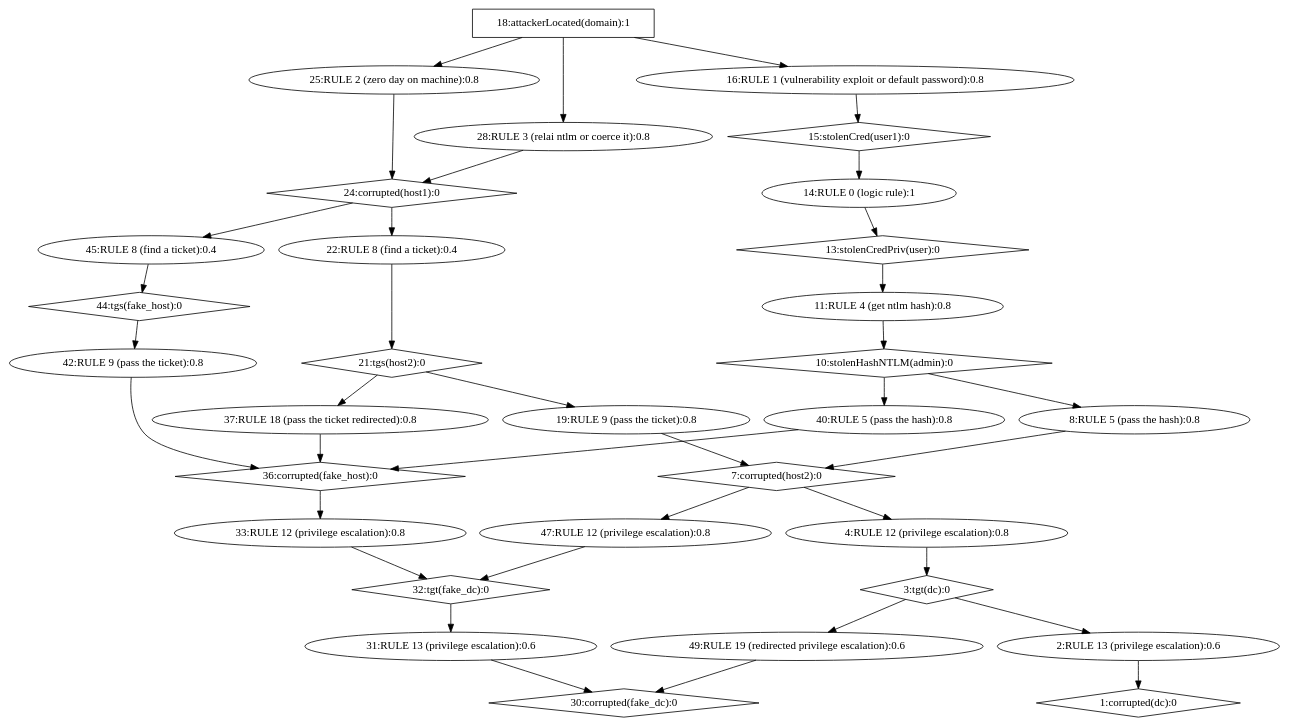
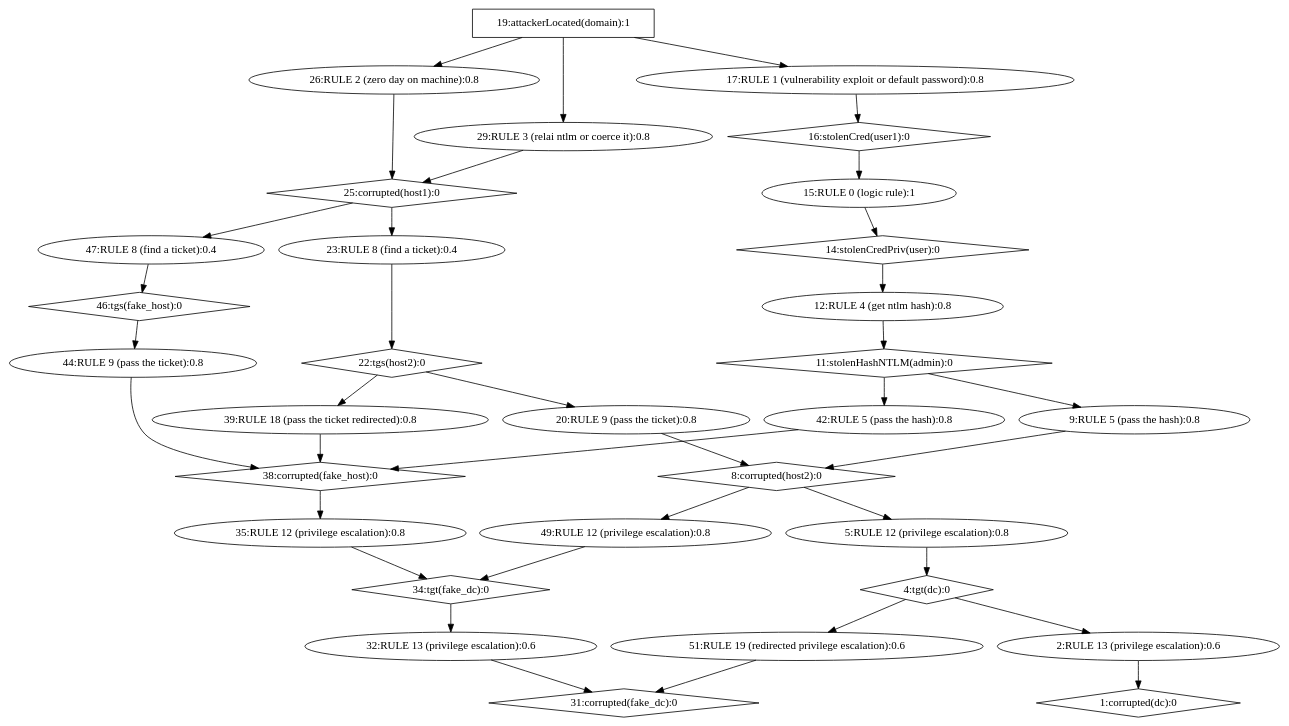
The diagram in Personnal_simulations/output_HightLevel/strongly_connected_components/ag-nocycles.dot (NathanaeldeLaChesnais/attacker_profiling_for_BAG_with_honeypots), drawn with Graphviz before and after one commit. The commit also changed 43 other files, not shown here.

Commit message:
Déjà quelques graphes interressants

```diff
--- a/Personnal_simulations/output_HightLevel/strongly_connected_components/ag-nocycles.dot
+++ b/Personnal_simulations/output_HightLevel/strongly_connected_components/ag-nocycles.dot
@@ -1,69 +1,69 @@
 strict digraph G {
   1 [ label="1:corrupted(dc):0" shape="diamond" CVE="null" ];
-  2 [ label="2:RULE 13 (privilege escalation):0.6" shape="ellipse" CVE="null" ];
-  3 [ label="3:tgt(dc):0" shape="diamond" CVE="null" ];
-  4 [ label="4:RULE 12 (privilege escalation):0.8" shape="ellipse" CVE="non_constraint_delegation" ];
-  5 [ label="7:corrupted(host2):0" shape="diamond" CVE="null" ];
-  6 [ label="8:RULE 5 (pass the hash):0.8" shape="ellipse" CVE="cve" ];
-  7 [ label="10:stolenHashNTLM(admin):0" shape="diamond" CVE="null" ];
-  8 [ label="11:RULE 4 (get ntlm hash):0.8" shape="ellipse" CVE="ntlm_hash" ];
-  9 [ label="13:stolenCredPriv(user):0" shape="diamond" CVE="null" ];
-  10 [ label="14:RULE 0 (logic rule):1" shape="ellipse" CVE="null" ];
-  11 [ label="15:stolenCred(user1):0" shape="diamond" CVE="null" ];
-  12 [ label="16:RULE 1 (vulnerability exploit or default password):0.8" shape="ellipse" CVE="bad_password" ];
-  13 [ label="18:attackerLocated(domain):1" shape="box" CVE="null" ];
-  14 [ label="19:RULE 9 (pass the ticket):0.8" shape="ellipse" CVE="ptt" ];
-  15 [ label="21:tgs(host2):0" shape="diamond" CVE="null" ];
-  16 [ label="22:RULE 8 (find a ticket):0.4" shape="ellipse" CVE="tgs" ];
-  17 [ label="24:corrupted(host1):0" shape="diamond" CVE="null" ];
-  18 [ label="25:RULE 2 (zero day on machine):0.8" shape="ellipse" CVE="zero_day" ];
-  19 [ label="28:RULE 3 (relai ntlm or coerce it):0.8" shape="ellipse" CVE="ntlm_bot" ];
-  20 [ label="30:corrupted(fake_dc):0" shape="diamond" CVE="null" ];
-  21 [ label="31:RULE 13 (privilege escalation):0.6" shape="ellipse" CVE="null" ];
-  22 [ label="32:tgt(fake_dc):0" shape="diamond" CVE="null" ];
-  23 [ label="33:RULE 12 (privilege escalation):0.8" shape="ellipse" CVE="non_constraint_delegation" ];
-  24 [ label="36:corrupted(fake_host):0" shape="diamond" CVE="null" ];
-  25 [ label="37:RULE 18 (pass the ticket redirected):0.8" shape="ellipse" CVE="ptt" ];
-  26 [ label="40:RULE 5 (pass the hash):0.8" shape="ellipse" CVE="cve" ];
-  27 [ label="42:RULE 9 (pass the ticket):0.8" shape="ellipse" CVE="ptt" ];
-  28 [ label="44:tgs(fake_host):0" shape="diamond" CVE="null" ];
-  29 [ label="45:RULE 8 (find a ticket):0.4" shape="ellipse" CVE="tgs" ];
-  30 [ label="47:RULE 12 (privilege escalation):0.8" shape="ellipse" CVE="asks_kerberos_ticket" ];
-  31 [ label="49:RULE 19 (redirected privilege escalation):0.6" shape="ellipse" CVE="null" ];
+  2 [ label="2:RULE 13 (privilege escalation):0.6" shape="ellipse" CVE="exploit_tgt" ];
+  3 [ label="4:tgt(dc):0" shape="diamond" CVE="null" ];
+  4 [ label="5:RULE 12 (privilege escalation):0.8" shape="ellipse" CVE="non_constraint_delegation" ];
+  5 [ label="8:corrupted(host2):0" shape="diamond" CVE="null" ];
+  6 [ label="9:RULE 5 (pass the hash):0.8" shape="ellipse" CVE="default_admin" ];
+  7 [ label="11:stolenHashNTLM(admin):0" shape="diamond" CVE="null" ];
+  8 [ label="12:RULE 4 (get ntlm hash):0.8" shape="ellipse" CVE="ntlm_hash" ];
+  9 [ label="14:stolenCredPriv(user):0" shape="diamond" CVE="null" ];
+  10 [ label="15:RULE 0 (logic rule):1" shape="ellipse" CVE="null" ];
+  11 [ label="16:stolenCred(user1):0" shape="diamond" CVE="null" ];
+  12 [ label="17:RULE 1 (vulnerability exploit or default password):0.8" shape="ellipse" CVE="bad_password" ];
+  13 [ label="19:attackerLocated(domain):1" shape="box" CVE="null" ];
+  14 [ label="20:RULE 9 (pass the ticket):0.8" shape="ellipse" CVE="ptt" ];
+  15 [ label="22:tgs(host2):0" shape="diamond" CVE="null" ];
+  16 [ label="23:RULE 8 (find a ticket):0.4" shape="ellipse" CVE="tgs" ];
+  17 [ label="25:corrupted(host1):0" shape="diamond" CVE="null" ];
+  18 [ label="26:RULE 2 (zero day on machine):0.8" shape="ellipse" CVE="zero_day" ];
+  19 [ label="29:RULE 3 (relai ntlm or coerce it):0.8" shape="ellipse" CVE="ntlm_bot" ];
+  20 [ label="31:corrupted(fake_dc):0" shape="diamond" CVE="null" ];
+  21 [ label="32:RULE 13 (privilege escalation):0.6" shape="ellipse" CVE="exploit_tgt" ];
+  22 [ label="34:tgt(fake_dc):0" shape="diamond" CVE="null" ];
+  23 [ label="35:RULE 12 (privilege escalation):0.8" shape="ellipse" CVE="non_constraint_delegation" ];
+  24 [ label="38:corrupted(fake_host):0" shape="diamond" CVE="null" ];
+  25 [ label="39:RULE 18 (pass the ticket redirected):0.8" shape="ellipse" CVE="ptt" ];
+  26 [ label="42:RULE 5 (pass the hash):0.8" shape="ellipse" CVE="default_admin" ];
+  27 [ label="44:RULE 9 (pass the ticket):0.8" shape="ellipse" CVE="ptt" ];
+  28 [ label="46:tgs(fake_host):0" shape="diamond" CVE="null" ];
+  29 [ label="47:RULE 8 (find a ticket):0.4" shape="ellipse" CVE="tgs" ];
+  30 [ label="49:RULE 12 (privilege escalation):0.8" shape="ellipse" CVE="asks_kerberos_ticket" ];
+  31 [ label="51:RULE 19 (redirected privilege escalation):0.6" shape="ellipse" CVE="null" ];
   13 -> 12 [ color="black" ];
   12 -> 11 [ color="black" ];
   11 -> 10 [ color="black" ];
   10 -> 9 [ color="black" ];
   9 -> 8 [ color="black" ];
   8 -> 7 [ color="black" ];
   7 -> 6 [ color="black" ];
   6 -> 5 [ color="black" ];
   13 -> 18 [ color="black" ];
   18 -> 17 [ color="black" ];
   13 -> 19 [ color="black" ];
   19 -> 17 [ color="black" ];
   17 -> 16 [ color="black" ];
   16 -> 15 [ color="black" ];
   15 -> 14 [ color="black" ];
   14 -> 5 [ color="black" ];
   5 -> 4 [ color="black" ];
   4 -> 3 [ color="black" ];
   3 -> 2 [ color="black" ];
   2 -> 1 [ color="black" ];
   15 -> 25 [ color="black" ];
   25 -> 24 [ color="black" ];
   7 -> 26 [ color="black" ];
   26 -> 24 [ color="black" ];
   17 -> 29 [ color="black" ];
   29 -> 28 [ color="black" ];
   28 -> 27 [ color="black" ];
   27 -> 24 [ color="black" ];
   24 -> 23 [ color="black" ];
   23 -> 22 [ color="black" ];
   5 -> 30 [ color="black" ];
   30 -> 22 [ color="black" ];
   22 -> 21 [ color="black" ];
   21 -> 20 [ color="black" ];
   3 -> 31 [ color="black" ];
   31 -> 20 [ color="black" ];
 }
```
